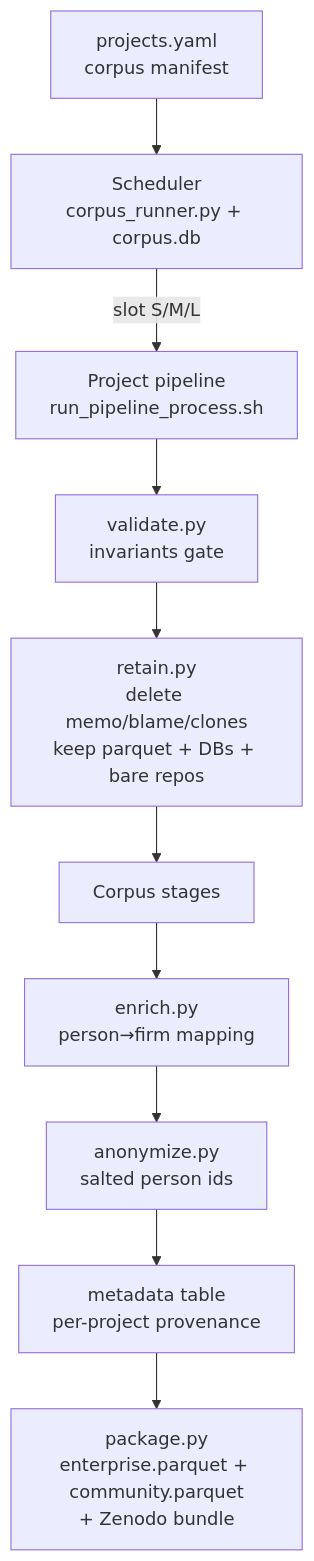
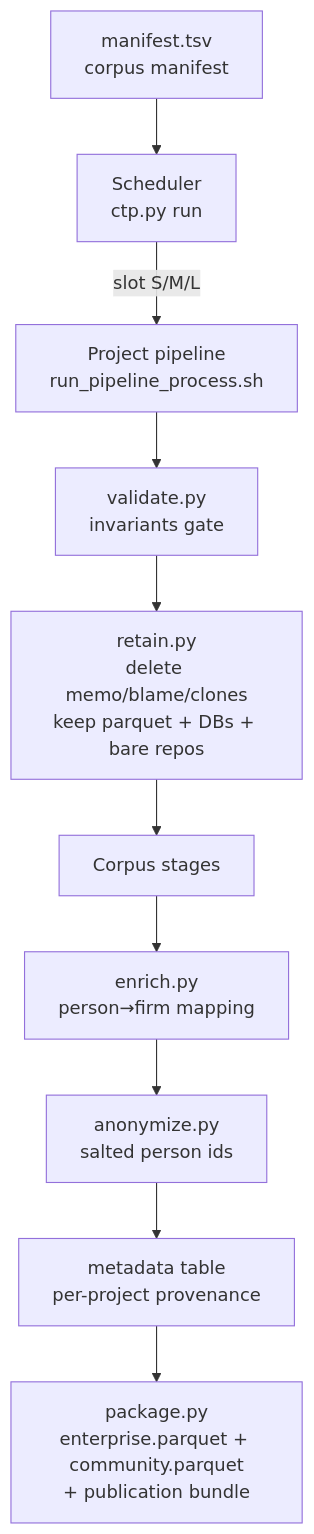
The diagram in docs/DESIGN.md (ccsl-codev/cregit-token-pipeline), drawn with Mermaid before and after one commit. The commit also changed other lines of this file and 1 other file, not shown here.

Commit message:
docs: align DESIGN.md with as-built runner, drop Zenodo refs, cite VEM 2026 work

````diff
--- a/docs/DESIGN.md
+++ b/docs/DESIGN.md
@@ -30,12 +30,12 @@
 ```mermaid
 flowchart TD
-    M[projects.yaml<br/>corpus manifest] --> SCHED[Scheduler<br/>corpus_runner.py + corpus.db]
+    M[manifest.tsv<br/>corpus manifest] --> SCHED[Scheduler<br/>ctp.py run]
     SCHED -->|slot S/M/L| P1[Project pipeline<br/>run_pipeline_process.sh]
     P1 --> V[validate.py<br/>invariants gate]
     V --> R[retain.py<br/>delete memo/blame/clones<br/>keep parquet + DBs + bare repos]
     R --> AGG[Corpus stages]
     AGG --> E[enrich.py<br/>person→firm mapping]
     E --> A[anonymize.py<br/>salted person ids]
     A --> MT[metadata table<br/>per-project provenance]
-    MT --> PKG[package.py<br/>enterprise.parquet + community.parquet<br/>+ Zenodo bundle]
+    MT --> PKG[package.py<br/>enterprise.parquet + community.parquet<br/>+ publication bundle]
 ```
````
